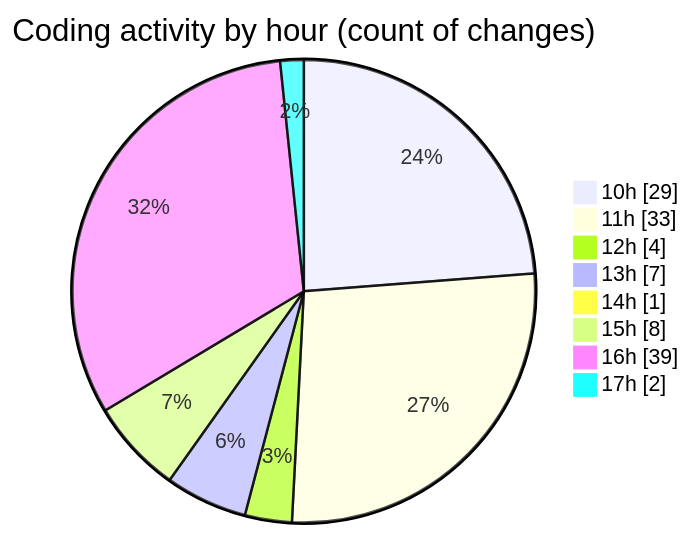
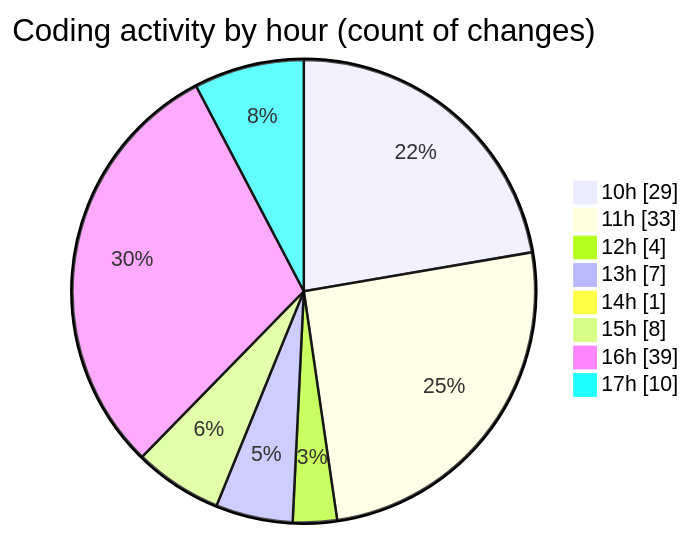
The second of 2 diagrams in 2025-06-05/cda/README.md (momahboobian/code-tracking), drawn with Mermaid before and after one commit. The commit also changed other lines of this file and 1 other file, not shown here.

````diff
--- a/2025-06-05/cda/README.md
+++ b/2025-06-05/cda/README.md
@@ -64,12 +65,12 @@
 ```mermaid
 pie showData
 title Coding activity by hour (count of changes)
 "10h" : 29
 "11h" : 33
 "12h" : 4
 "13h" : 7
 "14h" : 1
 "15h" : 8
 "16h" : 39
-"17h" : 2
+"17h" : 10
 ```
````
